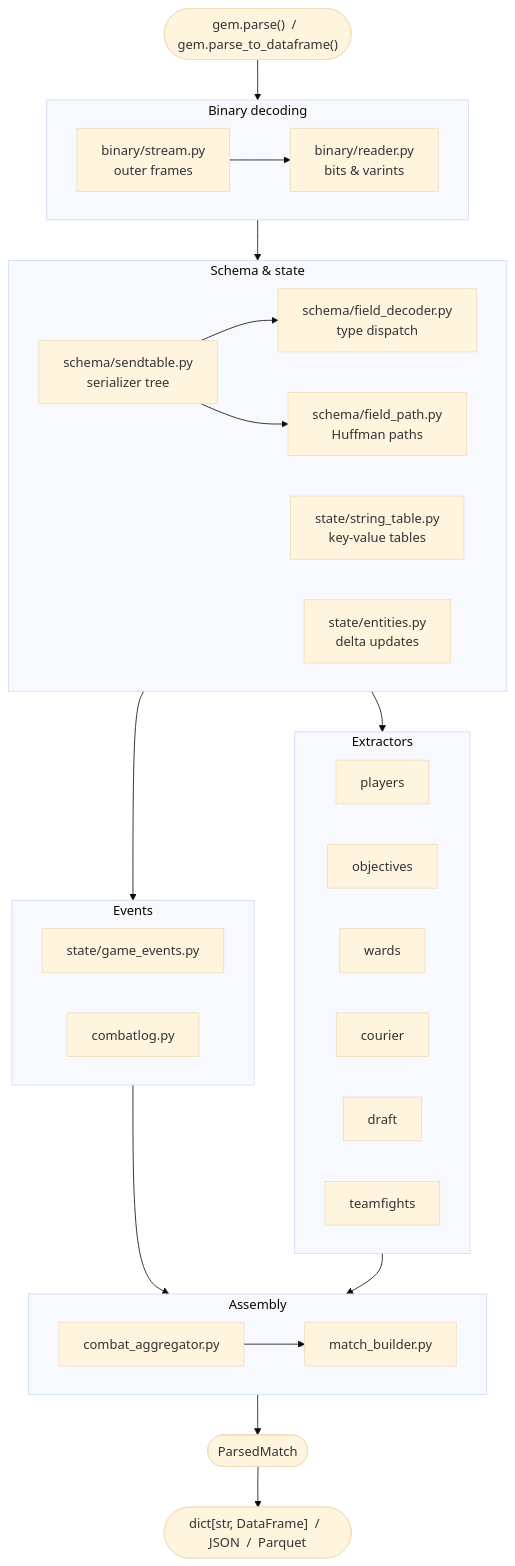
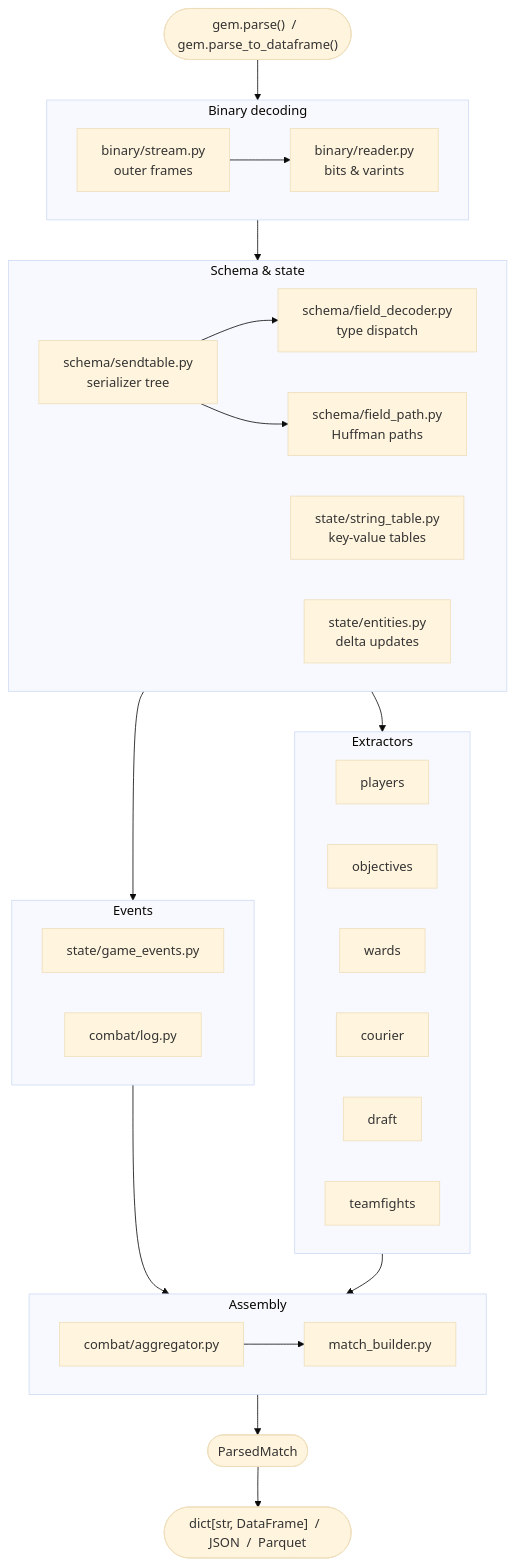
One commit to whanyu1212/gem-dota changed the diagram in docs/architecture.md. Above: the diagram before and after it, drawn with Mermaid (base theme). The commit also changed other lines of this file and 38 other files, not shown here.

````diff
--- a/docs/architecture.md
+++ b/docs/architecture.md
@@ -10,49 +10,49 @@
 ```mermaid
 flowchart TD
     A(["gem.parse()  /  gem.parse_to_dataframe()"])
 
     subgraph BINARY ["Binary decoding"]
         direction LR
         B["binary/stream.py\nouter frames"] --> C["binary/reader.py\nbits & varints"]
     end
 
     subgraph SCHEMA ["Schema & state"]
         direction LR
         D["schema/sendtable.py\nserializer tree"] --> E["schema/field_decoder.py\ntype dispatch"]
         D --> F["schema/field_path.py\nHuffman paths"]
         G["state/string_table.py\nkey-value tables"]
         H["state/entities.py\ndelta updates"]
     end
 
     subgraph EVENTS ["Events"]
         direction LR
         I["state/game_events.py"]
-        J["combatlog.py"]
+        J["combat/log.py"]
     end
 
     subgraph EXTRACT ["Extractors"]
         direction LR
         X1["players"]
         X2["objectives"]
         X3["wards"]
         X4["courier"]
         X5["draft"]
         X6["teamfights"]
     end
 
     subgraph ASSEMBLE ["Assembly"]
-        K["combat_aggregator.py"] --> L["match_builder.py"]
+        K["combat/aggregator.py"] --> L["match_builder.py"]
     end
 
     O(["ParsedMatch"])
     P(["dict[str, DataFrame]  /  JSON  /  Parquet"])
 
     A --> BINARY
     BINARY --> SCHEMA
     SCHEMA --> EVENTS
     SCHEMA --> EXTRACT
     EVENTS --> ASSEMBLE
     EXTRACT --> ASSEMBLE
     ASSEMBLE --> O
     O --> P
 ```
````
